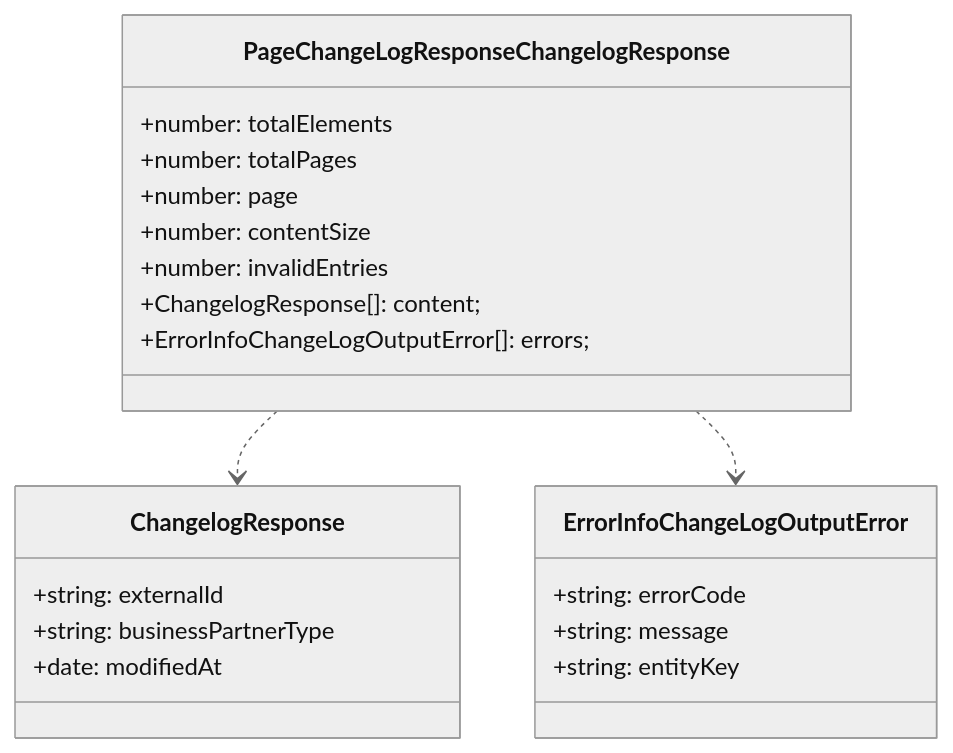
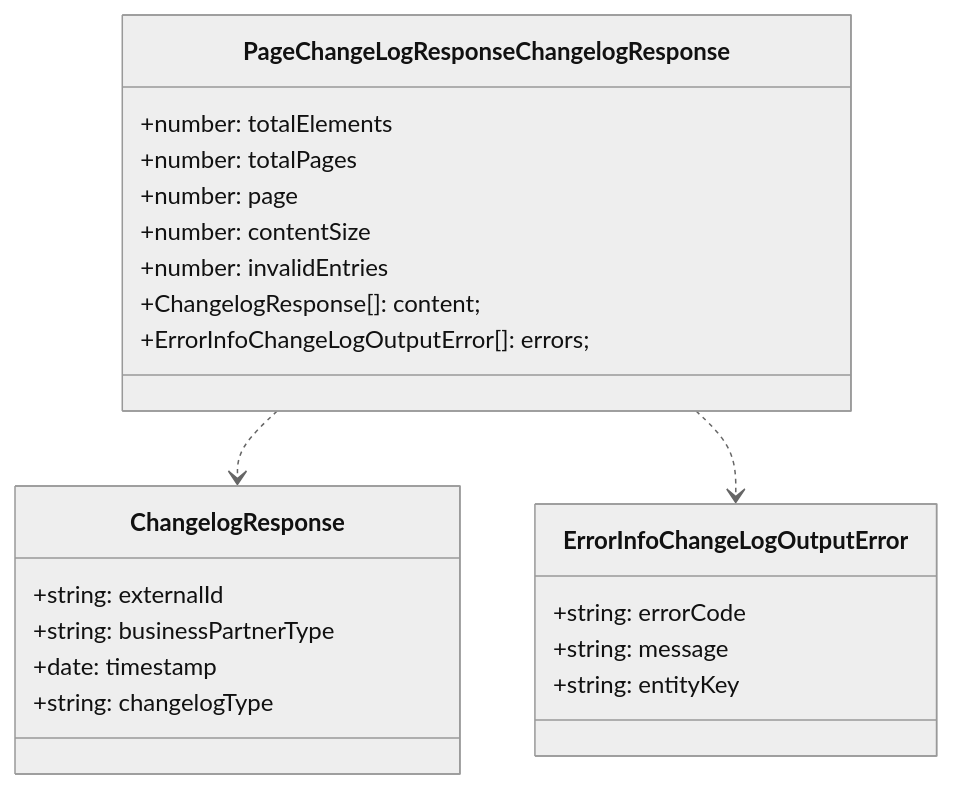
The diagram in docs/model/api/gate/changelog-controller/response/page-changelogresponse-changelog-response.md (eclipse-tractusx/bpdm), drawn with Mermaid (neutral theme) before and after one commit. The commit also changed 14 other files, not shown here.

`````diff
--- a/docs/model/api/gate/changelog-controller/response/page-changelogresponse-changelog-response.md
+++ b/docs/model/api/gate/changelog-controller/response/page-changelogresponse-changelog-response.md
@@ -1,27 +1,28 @@
 ````mermaid
 classDiagram
 
 PageChangeLogResponseChangelogResponse ..> ChangelogResponse
 PageChangeLogResponseChangelogResponse ..> ErrorInfoChangeLogOutputError
 
 class ChangelogResponse{
 +string: externalId
 +string: businessPartnerType
-+date: modifiedAt
++date: timestamp
++string: changelogType 
 }
 class ErrorInfoChangeLogOutputError{
 +string: errorCode
 +string: message
 +string: entityKey
 }
 class PageChangeLogResponseChangelogResponse{
 +number: totalElements
 +number: totalPages
 +number: page
 +number: contentSize
 +number: invalidEntries
 +ChangelogResponse[]: content;
 +ErrorInfoChangeLogOutputError[]: errors;
 }
 
 ````
`````
